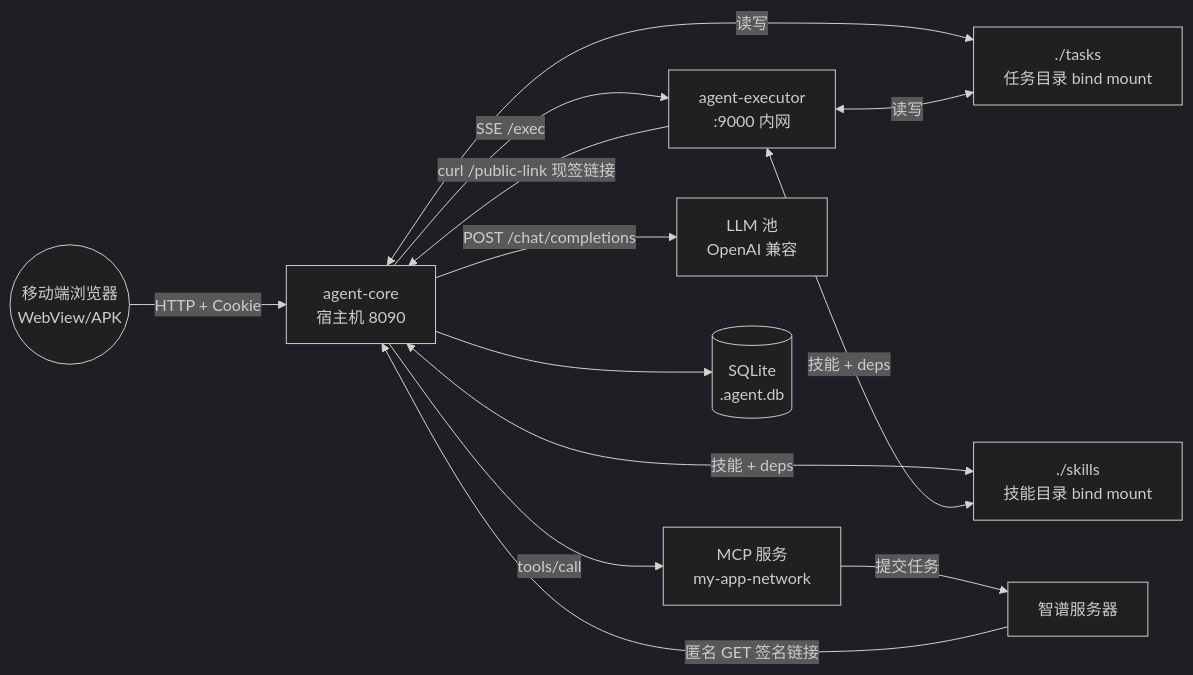
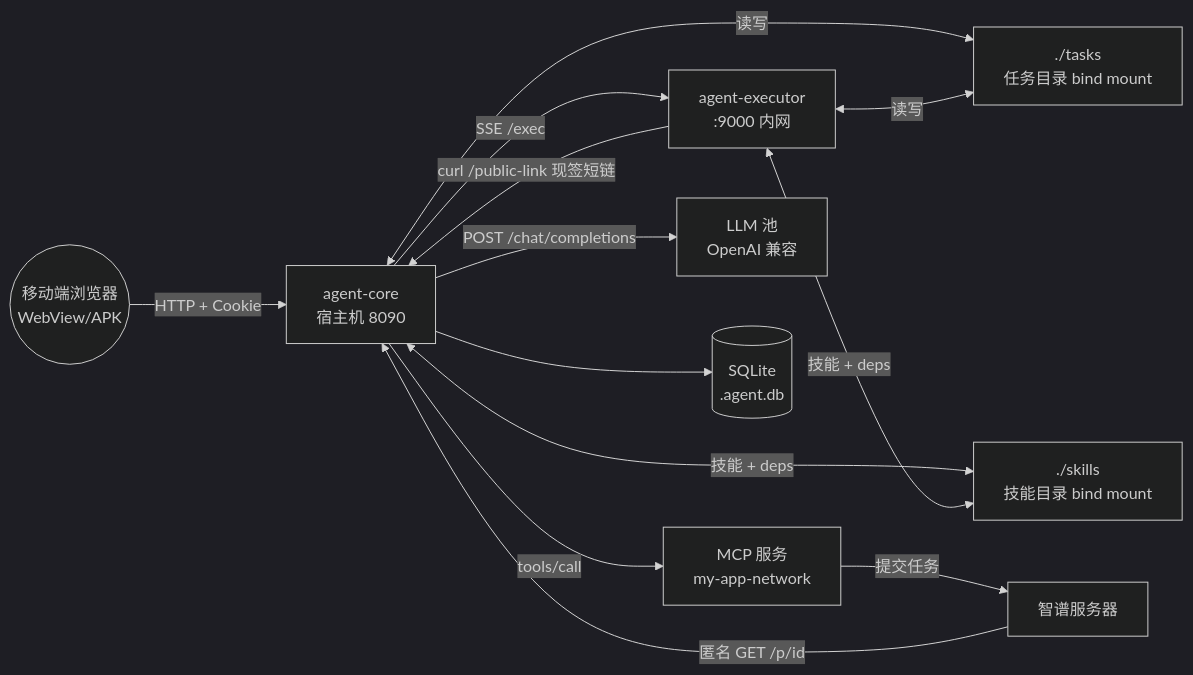
The first of 5 diagrams in docs/ARCHITECTURE.md (kicer/agent), drawn with Mermaid (dark theme) before and after one commit. The commit also changed other lines of this file and 8 other files, not shown here.

````diff
--- a/docs/ARCHITECTURE.md
+++ b/docs/ARCHITECTURE.md
@@ -88,25 +91,25 @@
 ```mermaid
 graph LR
     Browser((移动端浏览器<br/>WebView/APK))
     Core[agent-core<br/>宿主机 8090]
     Exec[agent-executor<br/>:9000 内网]
     MCP[MCP 服务<br/>my-app-network]
     Zhipu[智谱服务器]
     LLM[LLM 池<br/>OpenAI 兼容]
     Tasks[./tasks<br/>任务目录 bind mount]
     Skills[./skills<br/>技能目录 bind mount]
     DB[(SQLite<br/>.agent.db)]
 
     Browser -->|HTTP + Cookie| Core
     Core -->|SSE /exec| Exec
     Core -->|POST /chat/completions| LLM
     Core -->|tools/call| MCP
     MCP -->|提交任务| Zhipu
-    Exec -->|curl /public-link 现签链接| Core
-    Zhipu -->|匿名 GET 签名链接| Core
+    Exec -->|curl /public-link 现签短链| Core
+    Zhipu -->|匿名 GET /p/id| Core
     Core <-->|读写| Tasks
     Exec <-->|读写| Tasks
     Core <-->|技能 + deps| Skills
     Exec <-->|技能 + deps| Skills
     Core --> DB
 ```
````
